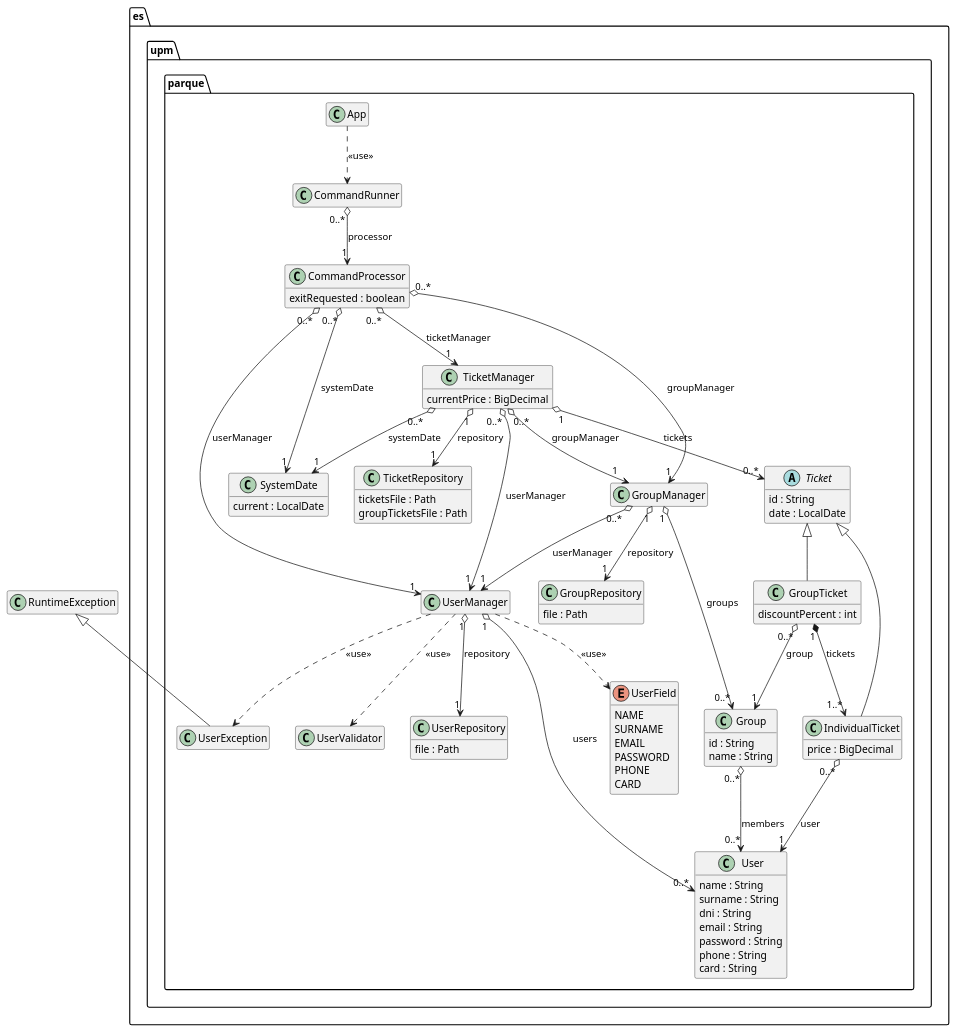
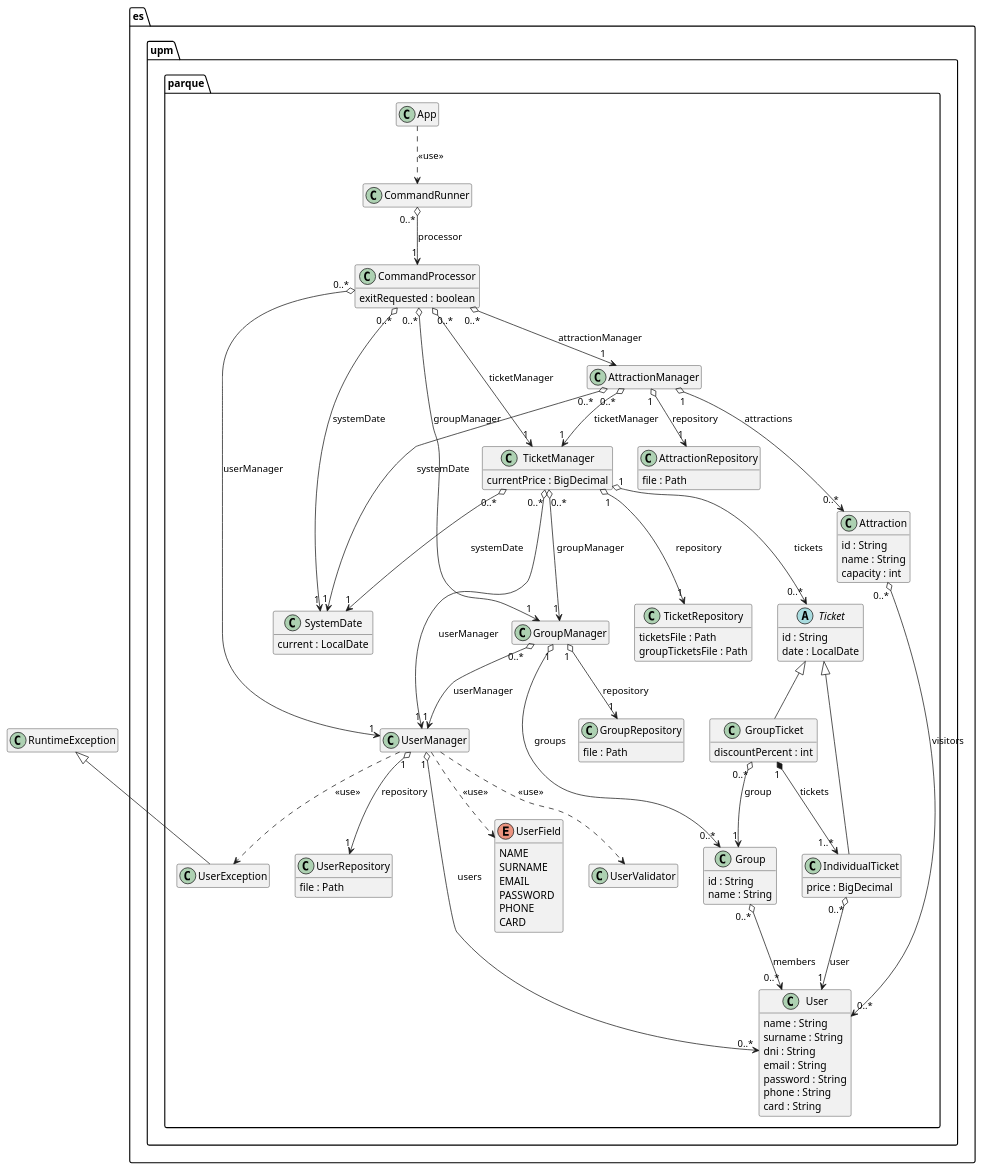
The diagram in uml/model.puml (skai-upm/caise27), drawn with PlantUML before and after one commit. The commit also changed 19 other files, not shown here.

```diff
--- a/uml/model.puml
+++ b/uml/model.puml
@@ -1,111 +1,129 @@
 @startuml model
-' Amusement park - class model (Delivery 2: users, groups, tickets, system date)
+' Amusement park - class model (Delivery 2: users, groups, tickets, attractions, system date)
 hide empty members
 skinparam classAttributeIconSize 0
 
 package es.upm.parque {
 
   class App
 
   class CommandRunner
 
   class CommandProcessor {
     exitRequested : boolean
   }
 
   class SystemDate {
     current : LocalDate
   }
 
   class UserManager
 
   class GroupManager
 
   class UserRepository {
     file : Path
   }
 
   class GroupRepository {
     file : Path
   }
 
   class TicketManager {
     currentPrice : BigDecimal
   }
 
   class TicketRepository {
     ticketsFile : Path
     groupTicketsFile : Path
   }
 
   class User {
     name : String
     surname : String
     dni : String
     email : String
     password : String
     phone : String
     card : String
   }
 
   enum UserField {
     NAME
     SURNAME
     EMAIL
     PASSWORD
     PHONE
     CARD
   }
 
   class Group {
     id : String
     name : String
   }
 
+  class AttractionManager
+
+  class AttractionRepository {
+    file : Path
+  }
+
+  class Attraction {
+    id : String
+    name : String
+    capacity : int
+  }
+
   abstract class Ticket {
     id : String
     date : LocalDate
   }
 
   class IndividualTicket {
     price : BigDecimal
   }
 
   class GroupTicket {
     discountPercent : int
   }
 
   class UserException
 
   class UserValidator
 }
 
 CommandRunner "0..*" o--> "1" CommandProcessor : processor
 CommandProcessor "0..*" o--> "1" UserManager : userManager
 CommandProcessor "0..*" o--> "1" GroupManager : groupManager
 CommandProcessor "0..*" o--> "1" TicketManager : ticketManager
 CommandProcessor "0..*" o--> "1" SystemDate : systemDate
 UserManager "1" o--> "1" UserRepository : repository
 UserManager "1" o--> "0..*" User : users
 GroupManager "1" o--> "1" GroupRepository : repository
 GroupManager "0..*" o--> "1" UserManager : userManager
 GroupManager "1" o--> "0..*" Group : groups
 Group "0..*" o--> "0..*" User : members
 TicketManager "1" o--> "1" TicketRepository : repository
 TicketManager "0..*" o--> "1" UserManager : userManager
 TicketManager "0..*" o--> "1" GroupManager : groupManager
 TicketManager "0..*" o--> "1" SystemDate : systemDate
 TicketManager "1" o--> "0..*" Ticket : tickets
 Ticket <|-- IndividualTicket
 Ticket <|-- GroupTicket
 IndividualTicket "0..*" o--> "1" User : user
 GroupTicket "0..*" o--> "1" Group : group
 GroupTicket "1" *--> "1..*" IndividualTicket : tickets
+CommandProcessor "0..*" o--> "1" AttractionManager : attractionManager
+AttractionManager "1" o--> "1" AttractionRepository : repository
+AttractionManager "0..*" o--> "1" TicketManager : ticketManager
+AttractionManager "0..*" o--> "1" SystemDate : systemDate
+AttractionManager "1" o--> "0..*" Attraction : attractions
+Attraction "0..*" o--> "0..*" User : visitors
 
 App ..> CommandRunner : <<use>>
 UserManager ..> UserField : <<use>>
 UserManager ..> UserValidator : <<use>>
 UserManager ..> UserException : <<use>>
 RuntimeException <|-- UserException
 
 @enduml
```
